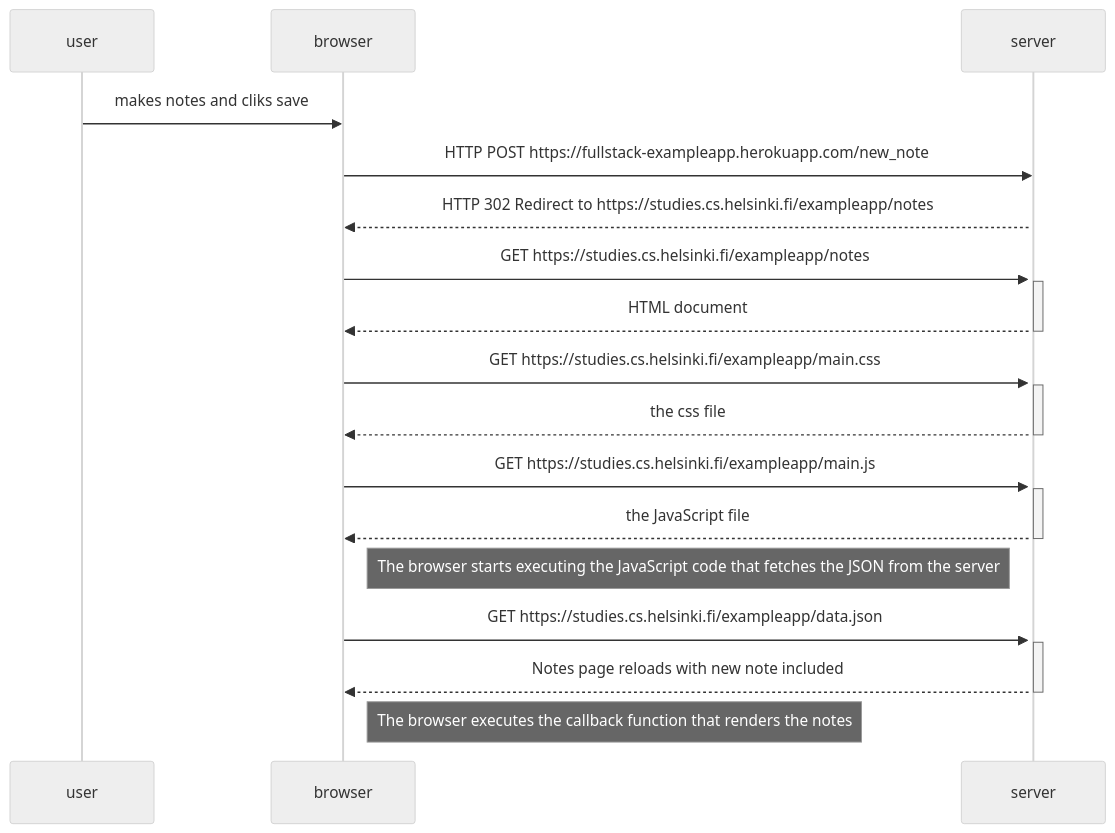
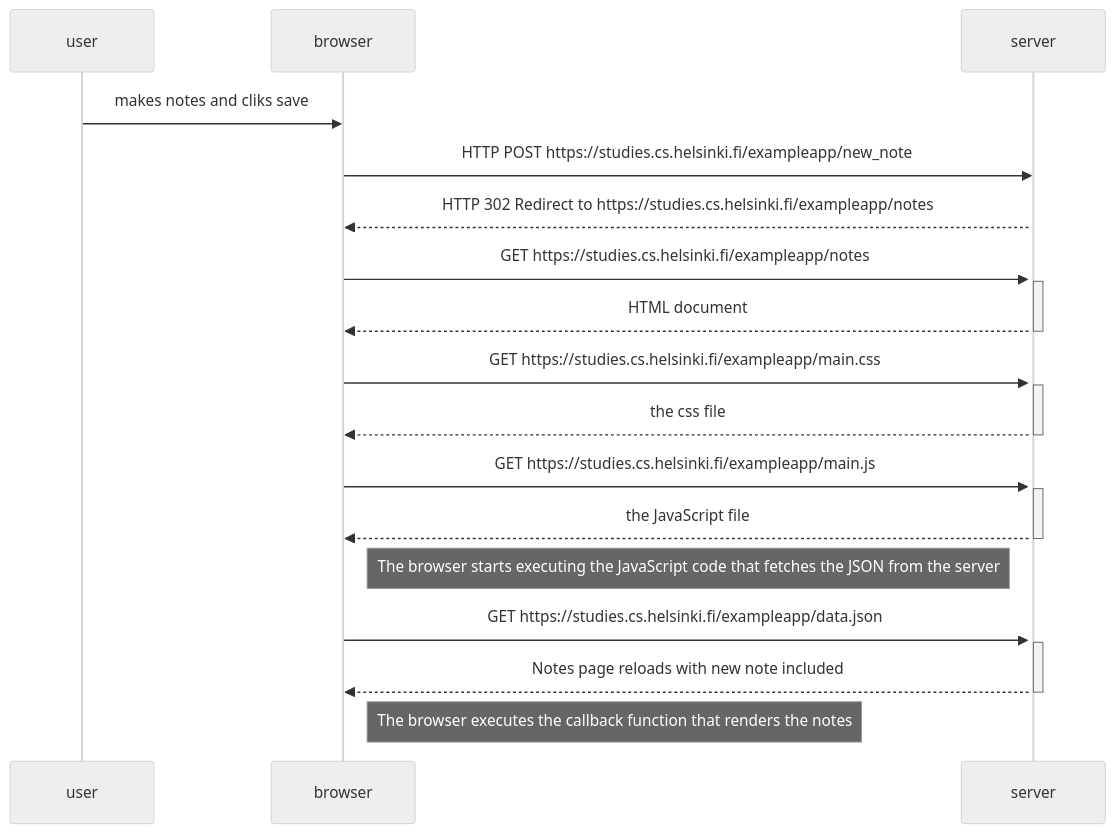
Before and after one commit to TheSirSanteri/Fullstack-open: the diagram in part0/0.4.md, drawn with Mermaid (neutral theme). The commit also changed 2 other files, not shown here.

````diff
--- a/part0/0.4.md
+++ b/part0/0.4.md
@@ -1,38 +1,38 @@
 ```mermaid
 sequenceDiagram
     participant user
     participant browser
     participant server
 
     user->>browser: makes notes and cliks save
 
-    browser->>server: HTTP POST https://fullstack-exampleapp.herokuapp.com/new_note
+    browser->>server: HTTP POST https://studies.cs.helsinki.fi/exampleapp/new_note
     activate server
     server-->>browser: HTTP 302 Redirect to https://studies.cs.helsinki.fi/exampleapp/notes
 
 
 
     browser->>server: GET https://studies.cs.helsinki.fi/exampleapp/notes
     activate server
     server-->>browser: HTML document
     deactivate server
 
     browser->>server: GET https://studies.cs.helsinki.fi/exampleapp/main.css
     activate server
     server-->>browser: the css file
     deactivate server
 
     browser->>server: GET https://studies.cs.helsinki.fi/exampleapp/main.js
     activate server
     server-->>browser: the JavaScript file
     deactivate server
 
     Note right of browser: The browser starts executing the JavaScript code that fetches the JSON from the server
 
     browser->>server: GET https://studies.cs.helsinki.fi/exampleapp/data.json
     activate server
     server-->>browser: Notes page reloads with new note included
     deactivate server
 
     Note right of browser: The browser executes the callback function that renders the notes
 ```
````
